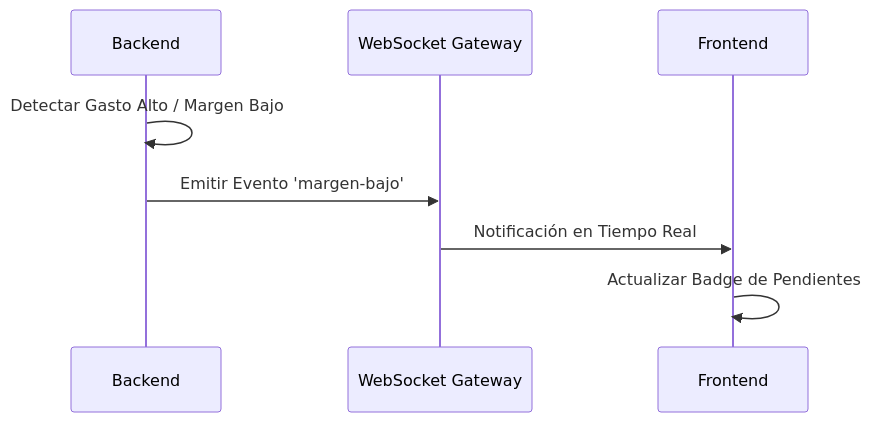
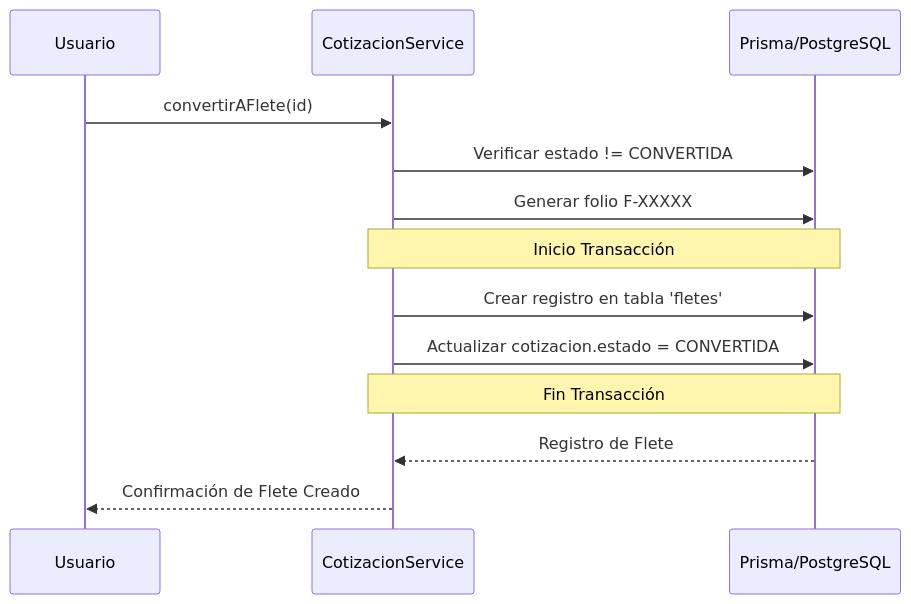
The first of 2 diagrams in README.md (DESARROLLOSROD/LogiProfit), drawn with Mermaid before and after one commit. The commit also changed other lines of this file and 3 other files, not shown here.

Commit message:
feat: Implement initial user authentication, frontend routing, and update technical flow documentation.

````diff
--- a/README.md
+++ b/README.md
@@ -53,10 +33,15 @@
 ```mermaid
 sequenceDiagram
-    participant B as Backend
-    participant W as WebSocket Gateway
-    participant F as Frontend
-    B->>B: Detectar Gasto Alto / Margen Bajo
-    B->>W: Emitir Evento 'margen-bajo'
-    W->>F: Notificación en Tiempo Real
-    F->>F: Actualizar Badge de Pendientes
+    participant U as Usuario
+    participant S as CotizacionService
+    participant DB as Prisma/PostgreSQL
+    U->>S: convertirAFlete(id)
+    S->>DB: Verificar estado != CONVERTIDA
+    S->>DB: Generar folio F-XXXXX
+    Note over S,DB: Inicio Transacción
+    S->>DB: Crear registro en tabla 'fletes'
+    S->>DB: Actualizar cotizacion.estado = CONVERTIDA
+    Note over S,DB: Fin Transacción
+    DB-->>S: Registro de Flete
+    S-->>U: Confirmación de Flete Creado
 ```
````
